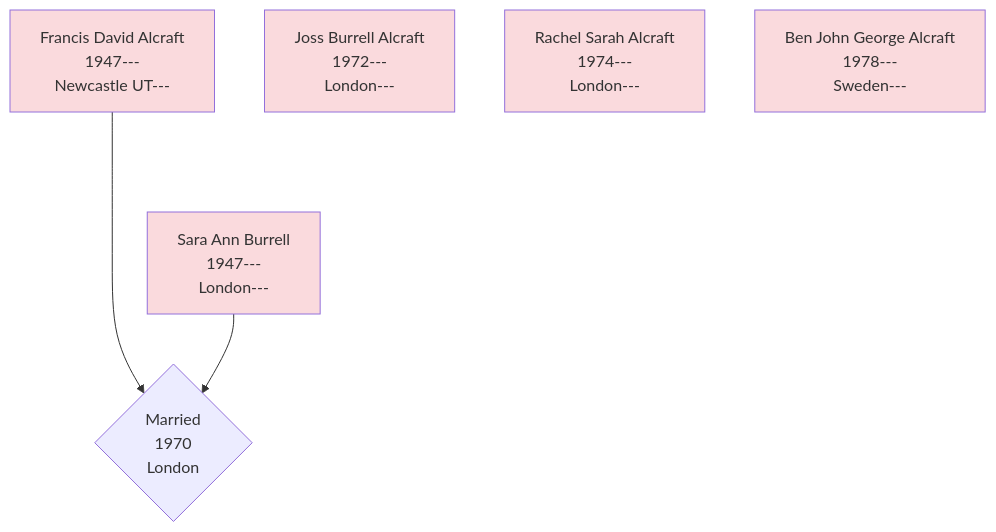
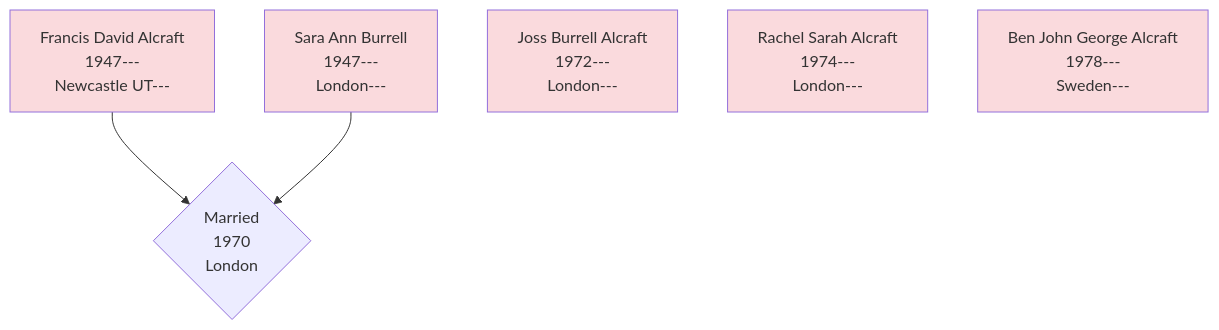
One commit to RachelAlcraft/family-tree changed the diagram in docs/alcraft_1974_rachel.md. Above: the diagram before and after it, drawn with Mermaid.

````diff
--- a/docs/alcraft_1974_rachel.md
+++ b/docs/alcraft_1974_rachel.md
@@ -2,16 +2,16 @@
 ``` mermaid
 flowchart TD  
 FDA[Francis David Alcraft\n1947---\nNewcastle UT---];
 SAB[Sara Ann Burrell\n1947---\nLondon---];
 JBA[Joss Burrell Alcraft\n1972---\nLondon---];
 RSA[Rachel Sarah Alcraft\n1974---\nLondon---];
 BJGA[Ben John George Alcraft\n1978---\nSweden---];
-FDA ----> FDASAB{Married\n1970\nLondon};
+FDA --> FDASAB{Married\n1970\nLondon};
 SAB --> FDASAB;
 style FDA fill:#FADADD;
 style SAB fill:#FADADD;
 style JBA fill:#FADADD;
 style RSA fill:#FADADD;
 style BJGA fill:#FADADD;
 click FDA "https://www.thenorthernecho.co.uk/history/8857492.dukes-piper/" "WA";
 ```
````
